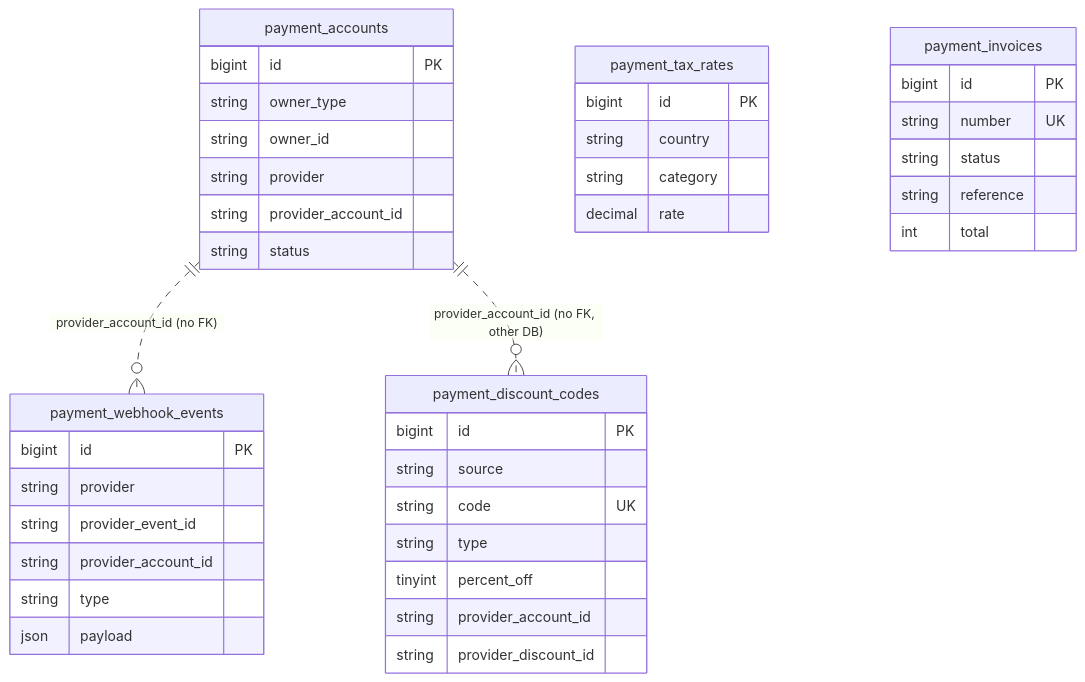
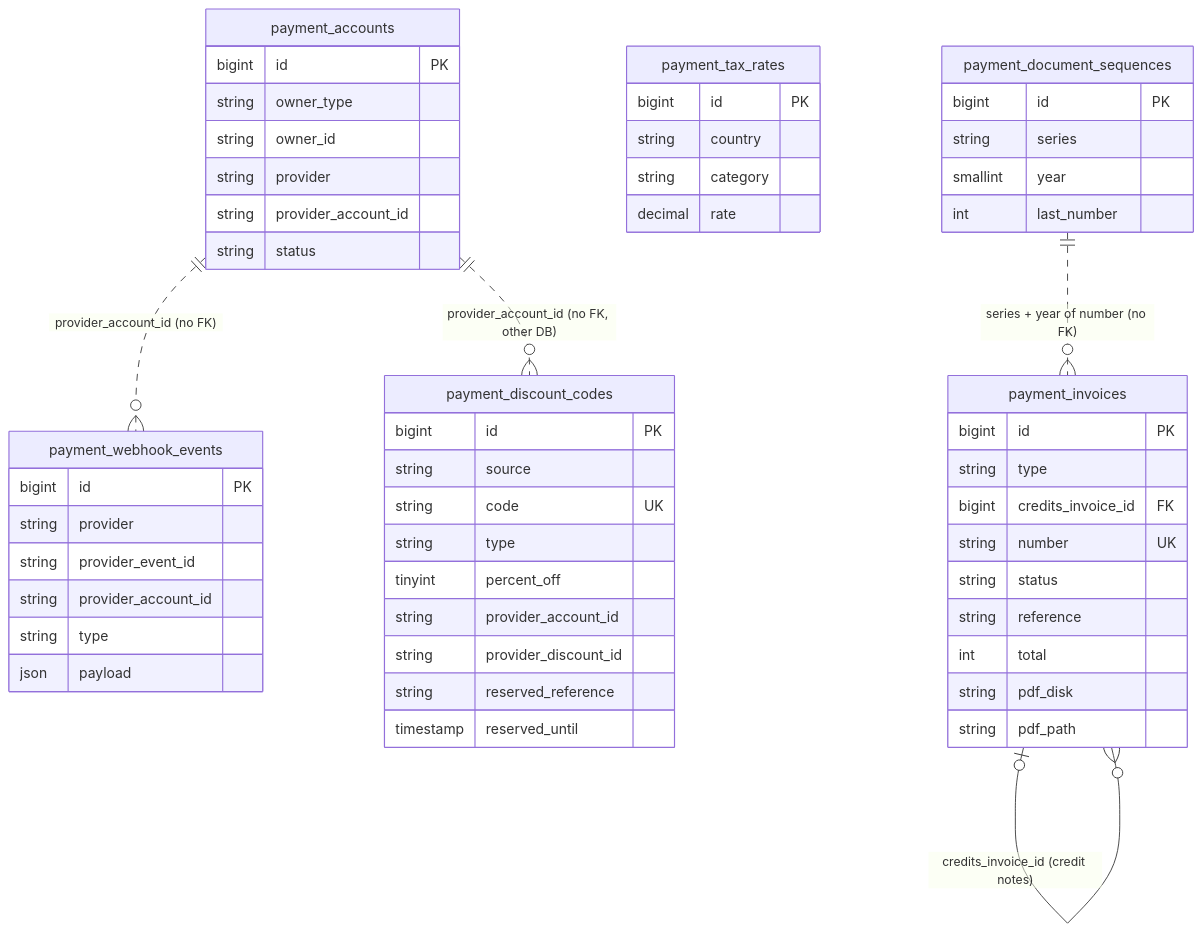
Before and after one commit to net-os-com/laravel-payments: the diagram in docs/Data-Model.md, drawn with Mermaid. The commit also changed other lines of this file and 14 other files, not shown here.

Commit message:
docs: local invoices, credit notes and reservations

````diff
--- a/docs/Data-Model.md
+++ b/docs/Data-Model.md
@@ -7,43 +7,57 @@
 ```mermaid
 erDiagram
     payment_accounts {
         bigint id PK
         string owner_type
         string owner_id
         string provider
         string provider_account_id
         string status
     }
     payment_webhook_events {
         bigint id PK
         string provider
         string provider_event_id
         string provider_account_id
         string type
         json payload
     }
     payment_discount_codes {
         bigint id PK
         string source
         string code UK
         string type
         tinyint percent_off
         string provider_account_id
         string provider_discount_id
+        string reserved_reference
+        timestamp reserved_until
     }
     payment_tax_rates {
         bigint id PK
         string country
         string category
         decimal rate
     }
     payment_invoices {
         bigint id PK
+        string type
+        bigint credits_invoice_id FK
         string number UK
         string status
         string reference
         int total
+        string pdf_disk
+        string pdf_path
+    }
+    payment_document_sequences {
+        bigint id PK
+        string series
+        smallint year
+        int last_number
     }
     payment_accounts ||..o{ payment_webhook_events : "provider_account_id (no FK)"
     payment_accounts ||..o{ payment_discount_codes : "provider_account_id (no FK, other DB)"
+    payment_invoices |o--o{ payment_invoices : "credits_invoice_id (credit notes)"
+    payment_document_sequences ||..o{ payment_invoices : "series + year of number (no FK)"
 ```
````
